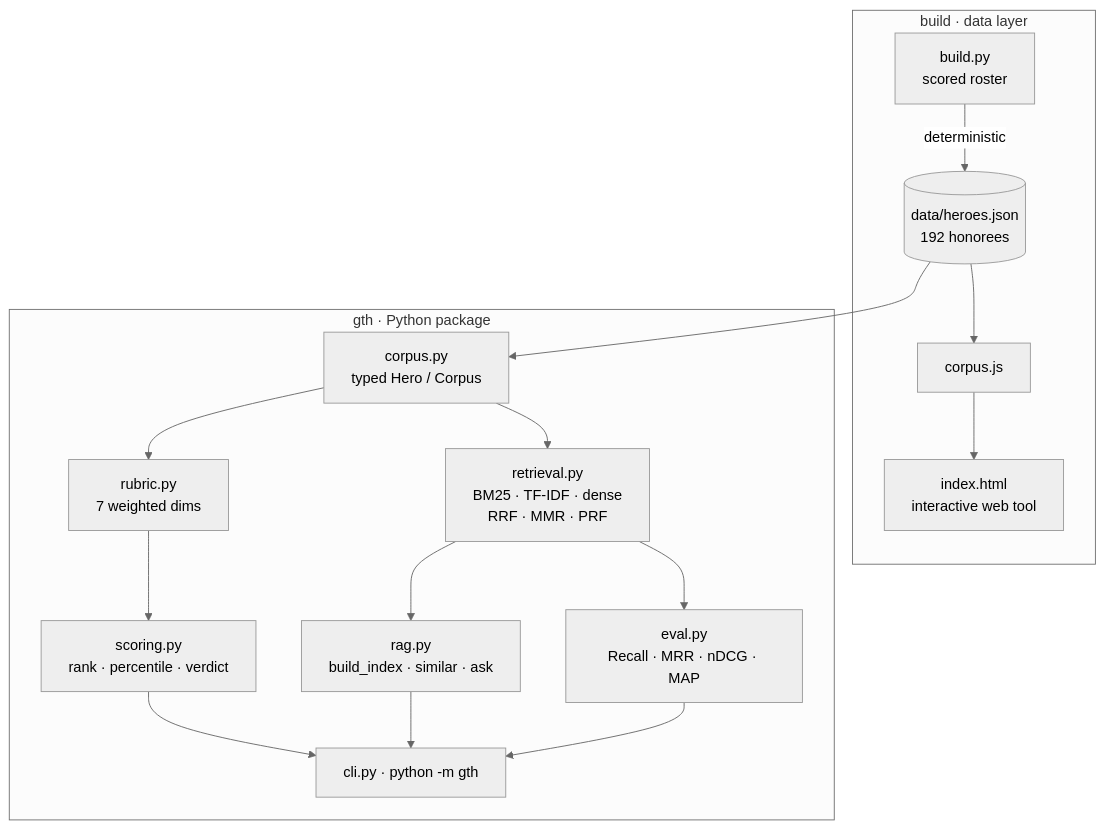
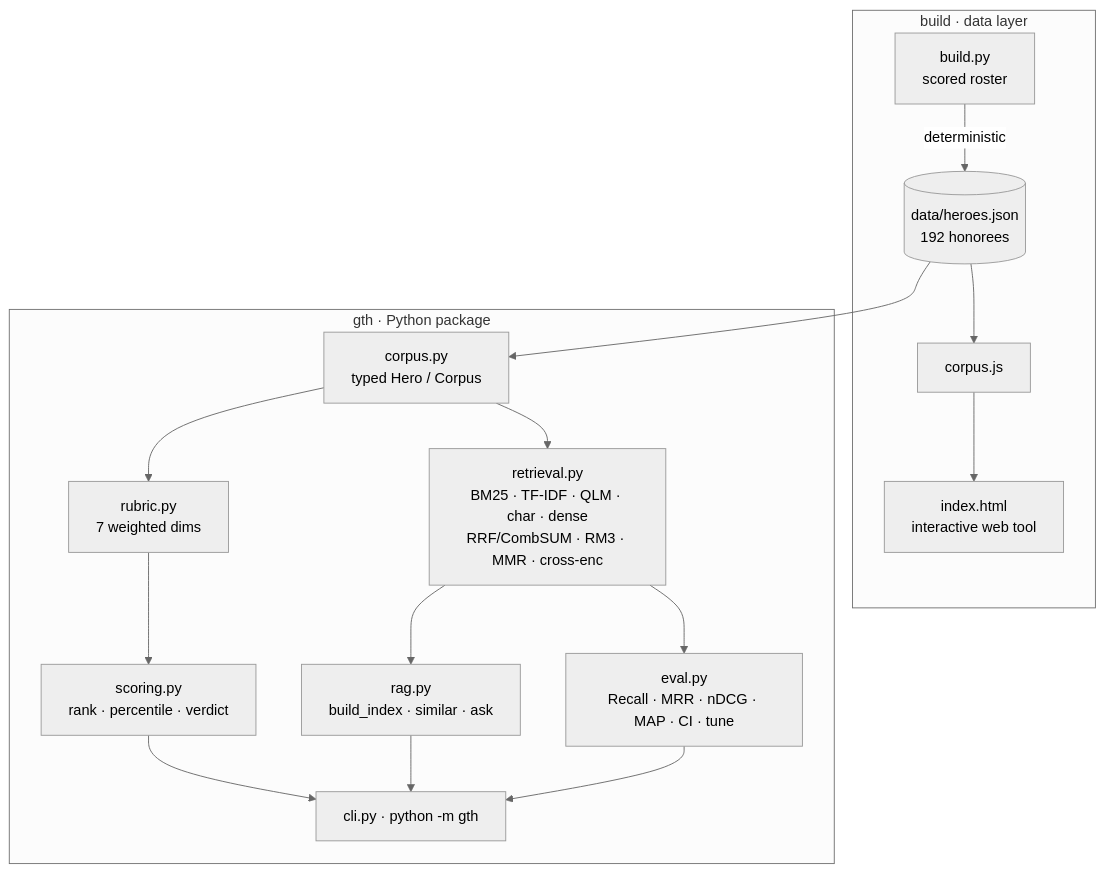
One commit to arjanchaudharyy/glocal-teen-hero-benchmark changed the first of 2 diagrams in README.md. Above: the diagram before and after it, drawn with Mermaid (neutral theme). The commit also changed other lines of this file and 8 other files, not shown here.

````diff
--- a/README.md
+++ b/README.md
@@ -30,18 +31,18 @@
 ```mermaid
 flowchart TB
     subgraph build["build · data layer"]
       A[build.py<br/>scored roster] -->|deterministic| B[(data/heroes.json<br/>192 honorees)]
       B --> J[corpus.js] --> W[index.html<br/>interactive web tool]
     end
     subgraph pkg["gth · Python package"]
       B --> C[corpus.py<br/>typed Hero / Corpus]
       C --> R[rubric.py<br/>7 weighted dims]
       R --> S[scoring.py<br/>rank · percentile · verdict]
-      C --> RE[retrieval.py<br/>BM25 · TF-IDF · dense<br/>RRF · MMR · PRF]
+      C --> RE[retrieval.py<br/>BM25 · TF-IDF · QLM · char · dense<br/>RRF/CombSUM · RM3 · MMR · cross-enc]
       RE --> RG[rag.py<br/>build_index · similar · ask]
-      RE --> EV[eval.py<br/>Recall · MRR · nDCG · MAP]
+      RE --> EV[eval.py<br/>Recall · MRR · nDCG · MAP · CI · tune]
       S --> CLI[cli.py · python -m gth]
       RG --> CLI
       EV --> CLI
     end
 ```
````
